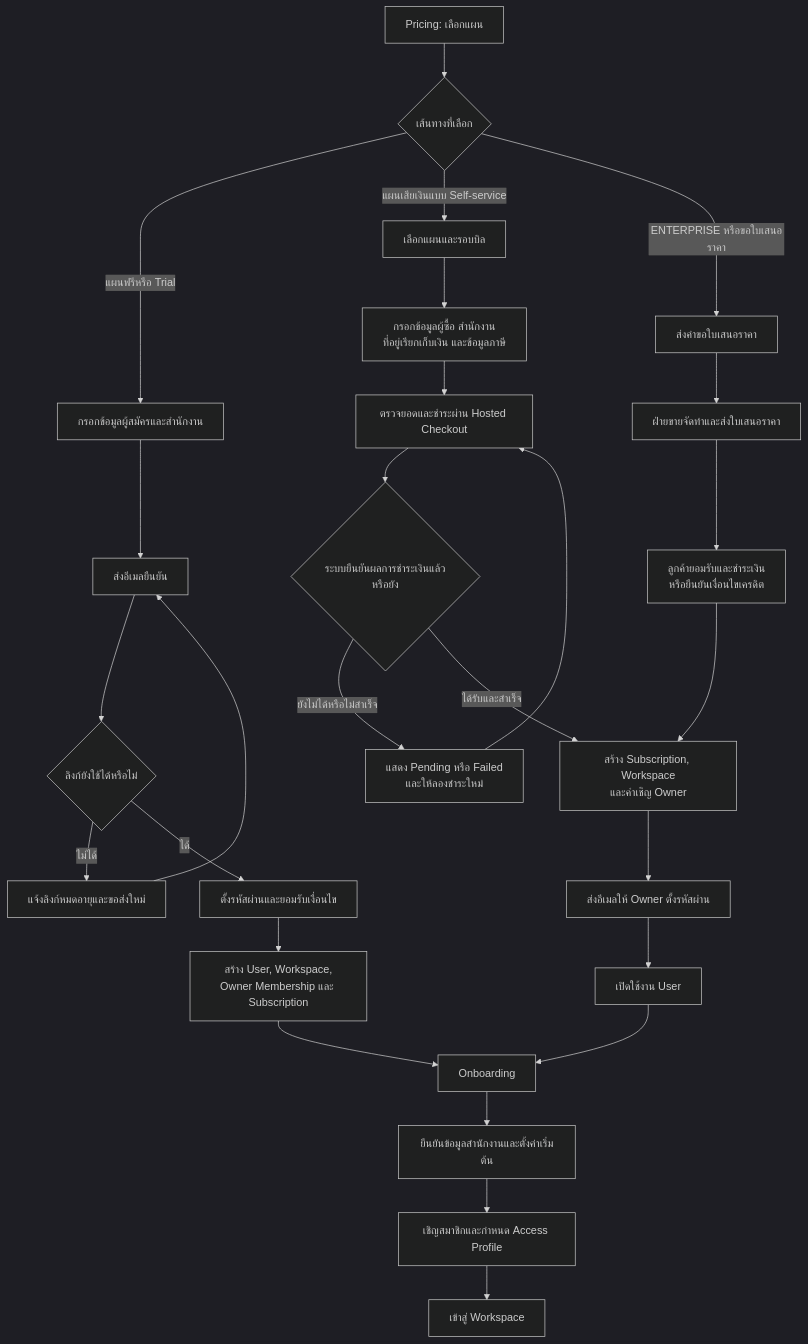
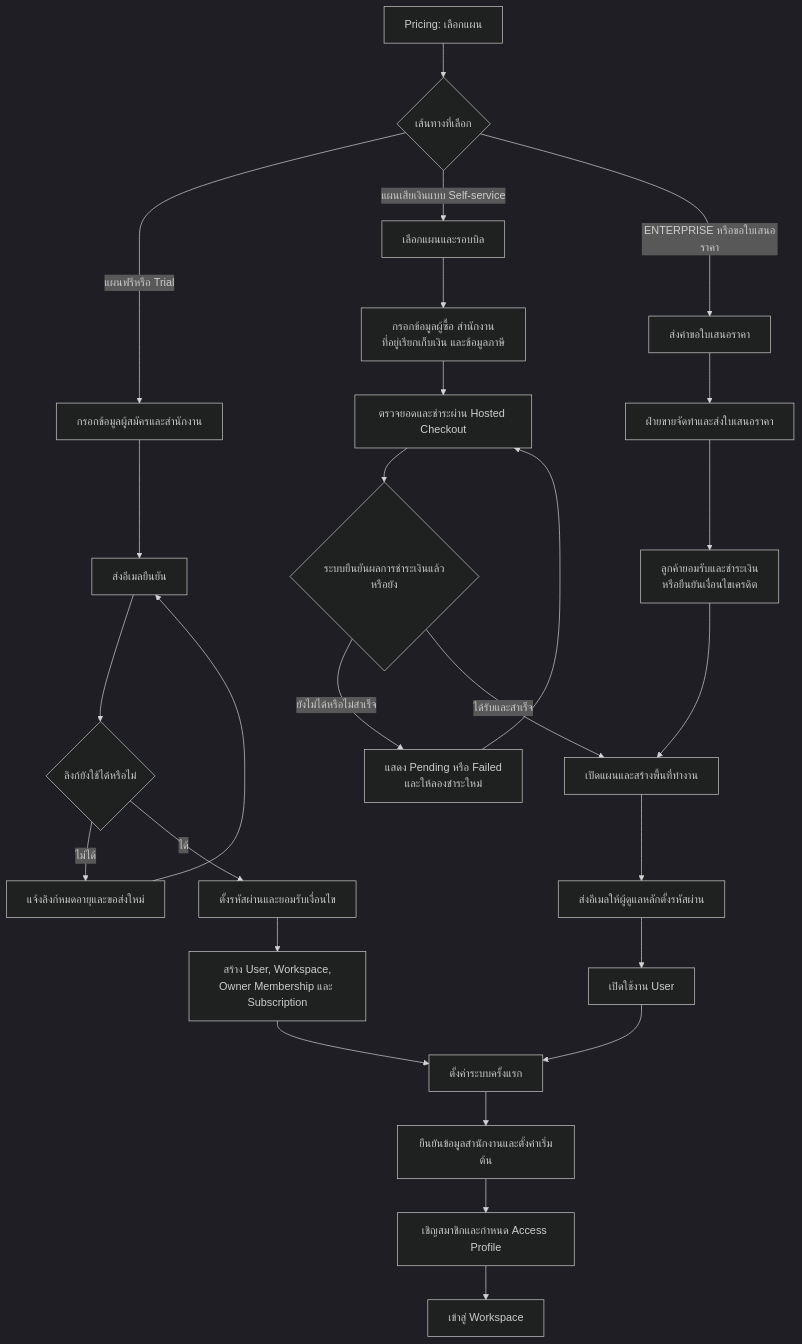
One commit to yukasung/mattersolv_docs changed the first of 2 diagrams in docs/app/docs/plans/subscription-access/page.mdx. Above: the diagram before and after it, drawn with Mermaid (dark theme). The commit also changed other lines of this file and 1 other file, not shown here.

Commit message:
docs: simplify signup diagram terminology

````diff
--- a/docs/app/docs/plans/subscription-access/page.mdx
+++ b/docs/app/docs/plans/subscription-access/page.mdx
@@ -27,33 +27,33 @@
 ```mermaid
 flowchart TD
   A["Pricing: เลือกแผน"] --> B{"เส้นทางที่เลือก"}
 
   B -->|แผนฟรีหรือ Trial| T1["กรอกข้อมูลผู้สมัครและสำนักงาน"]
   T1 --> T2["ส่งอีเมลยืนยัน"]
   T2 --> T3{"ลิงก์ยังใช้ได้หรือไม่"}
   T3 -->|ไม่ได้| T4["แจ้งลิงก์หมดอายุและขอส่งใหม่"]
   T4 --> T2
   T3 -->|ได้| T5["ตั้งรหัสผ่านและยอมรับเงื่อนไข"]
   T5 --> Provision["สร้าง User, Workspace,<br/>Owner Membership และ Subscription"]
 
   B -->|แผนเสียเงินแบบ Self-service| P1["เลือกแผนและรอบบิล"]
   P1 --> P2["กรอกข้อมูลผู้ซื้อ สำนักงาน<br/>ที่อยู่เรียกเก็บเงิน และข้อมูลภาษี"]
   P2 --> P3["ตรวจยอดและชำระผ่าน Hosted Checkout"]
   P3 --> P4{"ระบบยืนยันผลการชำระเงินแล้วหรือยัง"}
   P4 -->|ยังไม่ได้หรือไม่สำเร็จ| P5["แสดง Pending หรือ Failed<br/>และให้ลองชำระใหม่"]
   P5 --> P3
-  P4 -->|ได้รับและสำเร็จ| P6["สร้าง Subscription, Workspace<br/>และคำเชิญ Owner"]
-  P6 --> P7["ส่งอีเมลให้ Owner ตั้งรหัสผ่าน"]
+  P4 -->|ได้รับและสำเร็จ| P6["เปิดแผนและสร้างพื้นที่ทำงาน"]
+  P6 --> P7["ส่งอีเมลให้ผู้ดูแลหลักตั้งรหัสผ่าน"]
   P7 --> P8["เปิดใช้งาน User"]
-  P8 --> Onboarding
+  P8 --> FirstSetup
 
   B -->|ENTERPRISE หรือขอใบเสนอราคา| Q1["ส่งคำขอใบเสนอราคา"]
   Q1 --> Q2["ฝ่ายขายจัดทำและส่งใบเสนอราคา"]
   Q2 --> Q3["ลูกค้ายอมรับและชำระเงิน<br/>หรือยืนยันเงื่อนไขเครดิต"]
   Q3 --> P6
 
-  Provision --> Onboarding["Onboarding"]
-  Onboarding --> O1["ยืนยันข้อมูลสำนักงานและตั้งค่าเริ่มต้น"]
+  Provision --> FirstSetup["ตั้งค่าระบบครั้งแรก"]
+  FirstSetup --> O1["ยืนยันข้อมูลสำนักงานและตั้งค่าเริ่มต้น"]
   O1 --> O2["เชิญสมาชิกและกำหนด Access Profile"]
   O2 --> O3["เข้าสู่ Workspace"]
 ```
````
